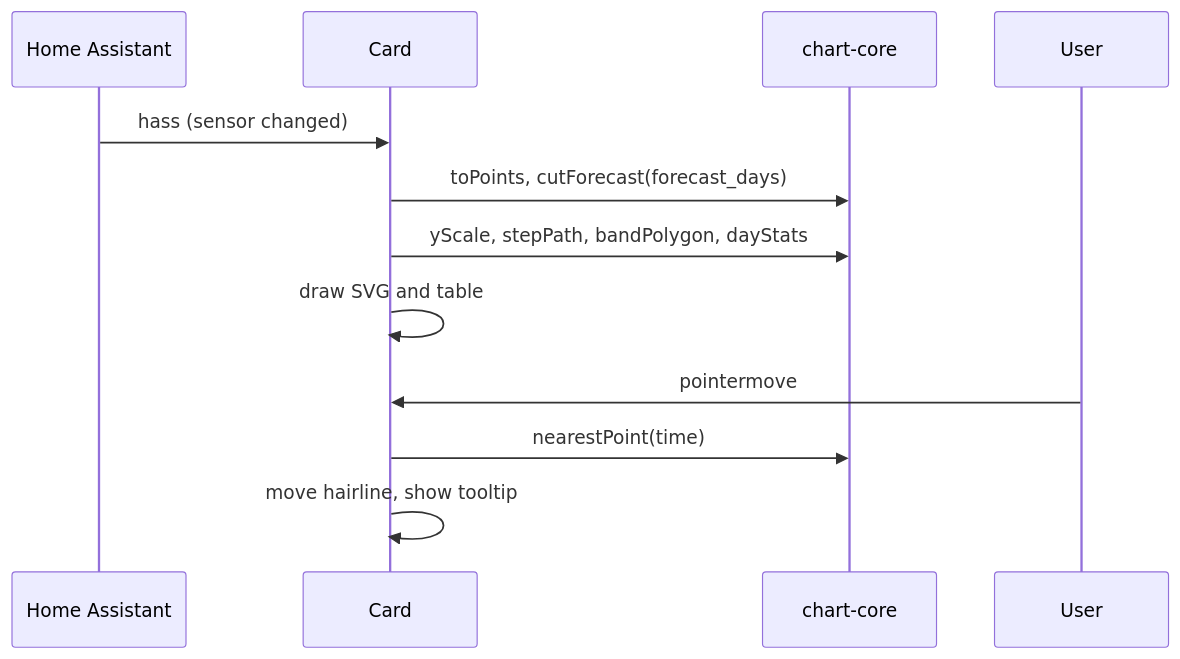
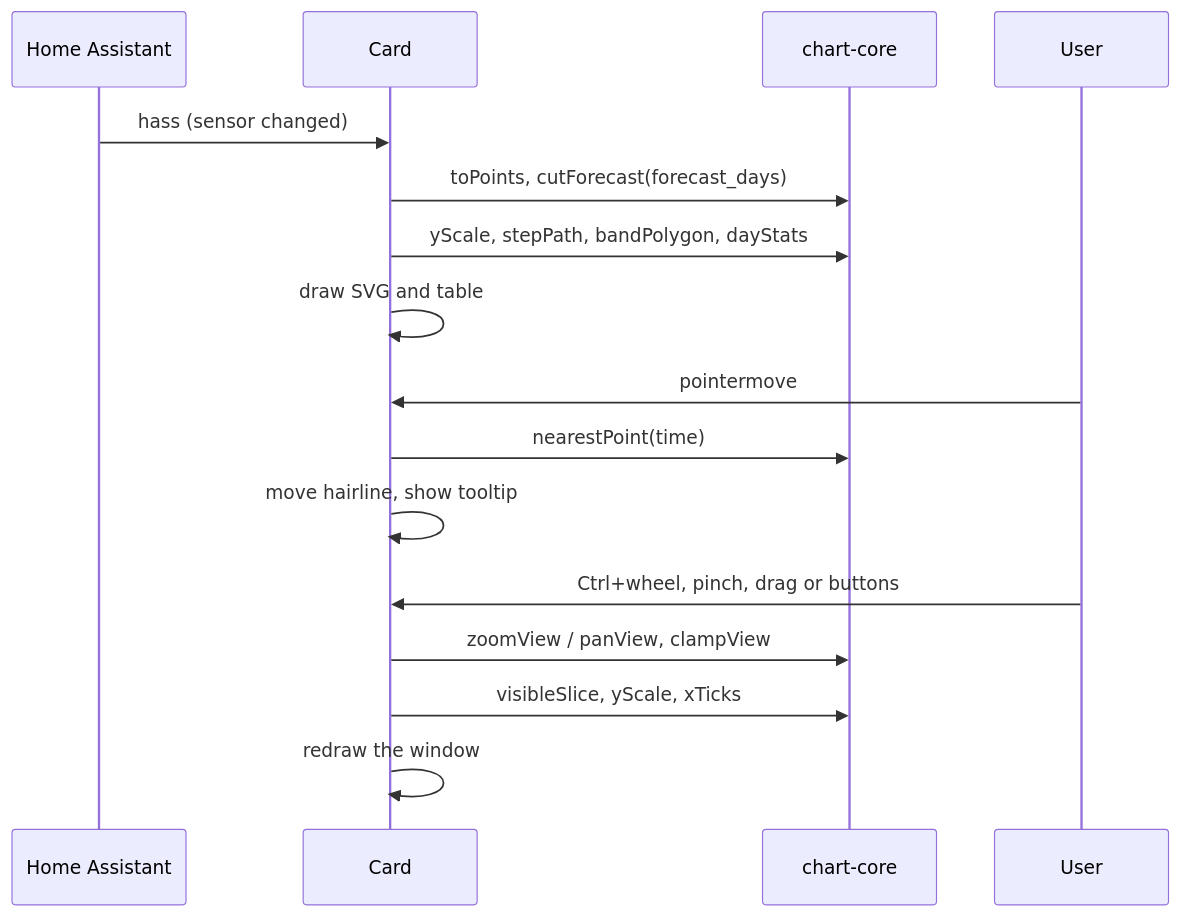
One commit to abroeders/7day-ahead-price-forecast changed the fifth of 5 diagrams in docs/architecture.md. Above: the diagram before and after it, drawn with Mermaid. The commit also changed other lines of this file and 8 other files, not shown here.

Commit message:
feat(card): zoom and pan on the time axis (#8)

````diff
--- a/docs/architecture.md
+++ b/docs/architecture.md
@@ -172,14 +178,18 @@
 ```mermaid
 sequenceDiagram
   participant HA as Home Assistant
   participant Card
   participant Core as chart-core
   participant U as User
   HA->>Card: hass (sensor changed)
   Card->>Core: toPoints, cutForecast(forecast_days)
   Card->>Core: yScale, stepPath, bandPolygon, dayStats
   Card->>Card: draw SVG and table
   U->>Card: pointermove
   Card->>Core: nearestPoint(time)
   Card->>Card: move hairline, show tooltip
+  U->>Card: Ctrl+wheel, pinch, drag or buttons
+  Card->>Core: zoomView / panView, clampView
+  Card->>Core: visibleSlice, yScale, xTicks
+  Card->>Card: redraw the window
 ```
````
